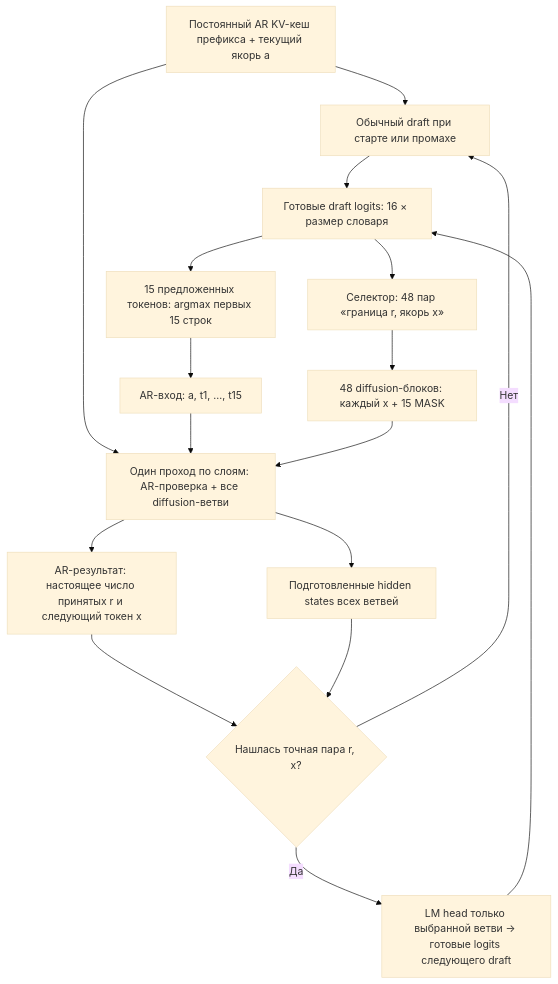
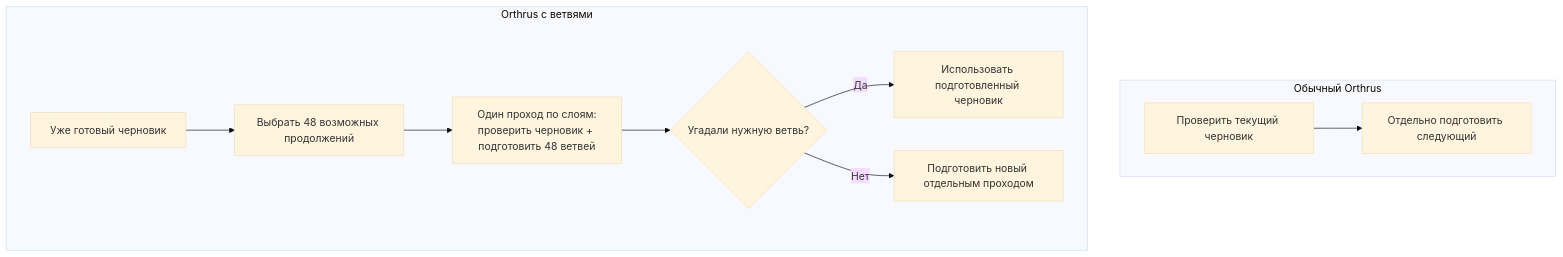
One commit to Pumponchik/orthrus-parallel changed the first of 2 diagrams in README.md. Above: the diagram before and after it, drawn with Mermaid (base theme). The commit also changed other lines of this file and 8 other files, not shown here.

````diff
--- a/README.md
+++ b/README.md
@@ -38,19 +7,13 @@
 ```mermaid
-flowchart TD
-    P["Постоянный AR KV-кеш префикса + текущий якорь a"] --> F["Обычный draft при старте или промахе"]
-    F --> D["Готовые draft logits: 16 × размер словаря"]
-    D --> T["15 предложенных токенов: argmax первых 15 строк"]
-    D --> S["Селектор: 48 пар «граница r, якорь x»"]
-    T --> A["AR-вход: a, t1, …, t15"]
-    S --> B["48 diffusion-блоков: каждый x + 15 MASK"]
-    P --> J["Один проход по слоям: AR-проверка + все diffusion-ветви"]
-    A --> J
-    B --> J
-    J --> V["AR-результат: настоящее число принятых r и следующий токен x"]
-    J --> H["Подготовленные hidden states всех ветвей"]
-    V --> M{"Нашлась точная пара r, x?"}
-    H --> M
-    M -->|Да| R["LM head только выбранной ветви → готовые logits следующего draft"]
-    R --> D
-    M -->|Нет| F
+flowchart TB
+    subgraph normal["Обычный Orthrus"]
+        N1["Проверить текущий черновик"] --> N2["Отдельно подготовить следующий"]
+    end
+    subgraph parallel["Orthrus с ветвями"]
+        P["Уже готовый черновик"] --> S["Выбрать 48 возможных продолжений"]
+        S --> J["Один проход по слоям:<br/>проверить черновик + подготовить 48 ветвей"]
+        J --> H{"Угадали нужную ветвь?"}
+        H -->|Да| R["Использовать подготовленный черновик"]
+        H -->|Нет| F["Подготовить новый отдельным проходом"]
+    end
 ```
````
